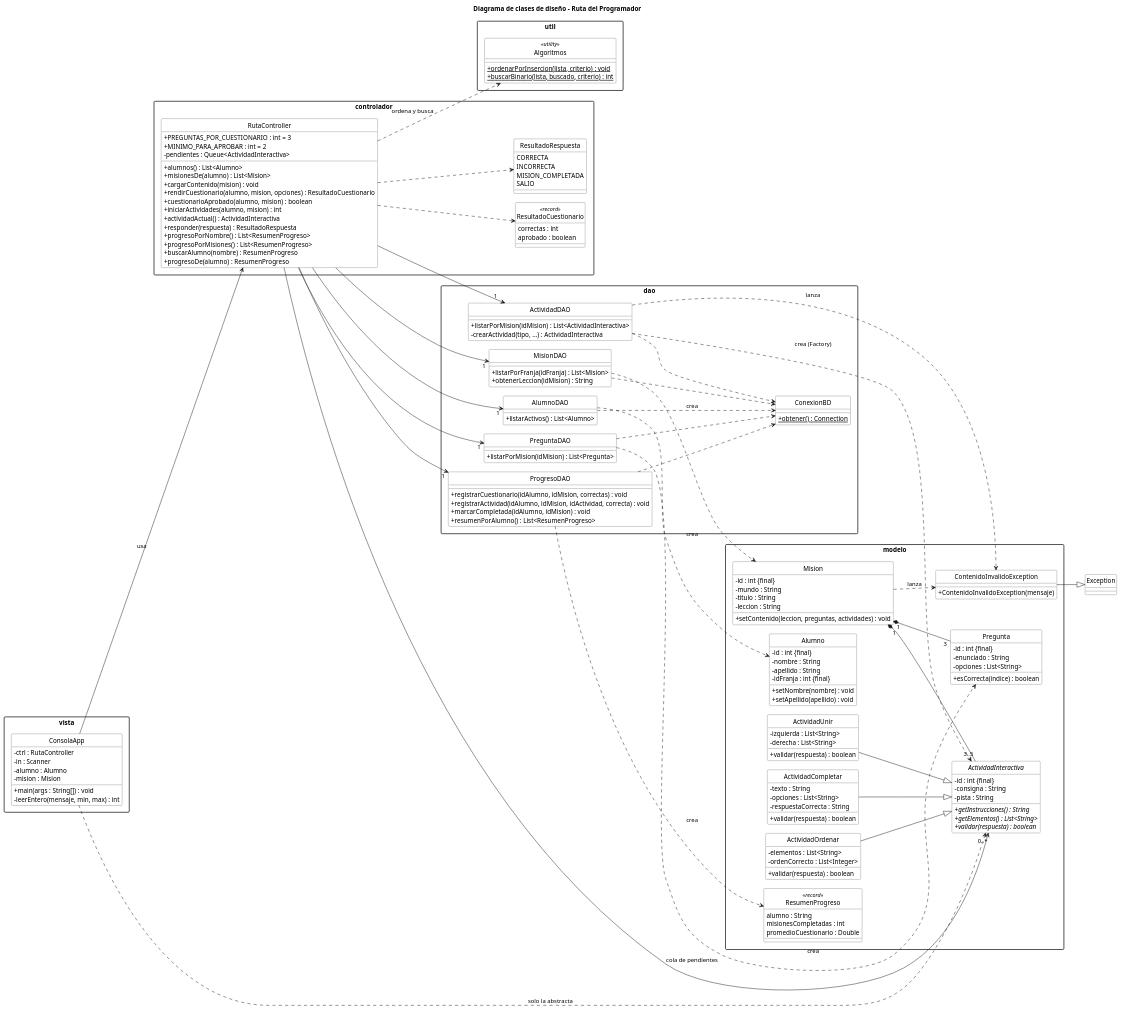
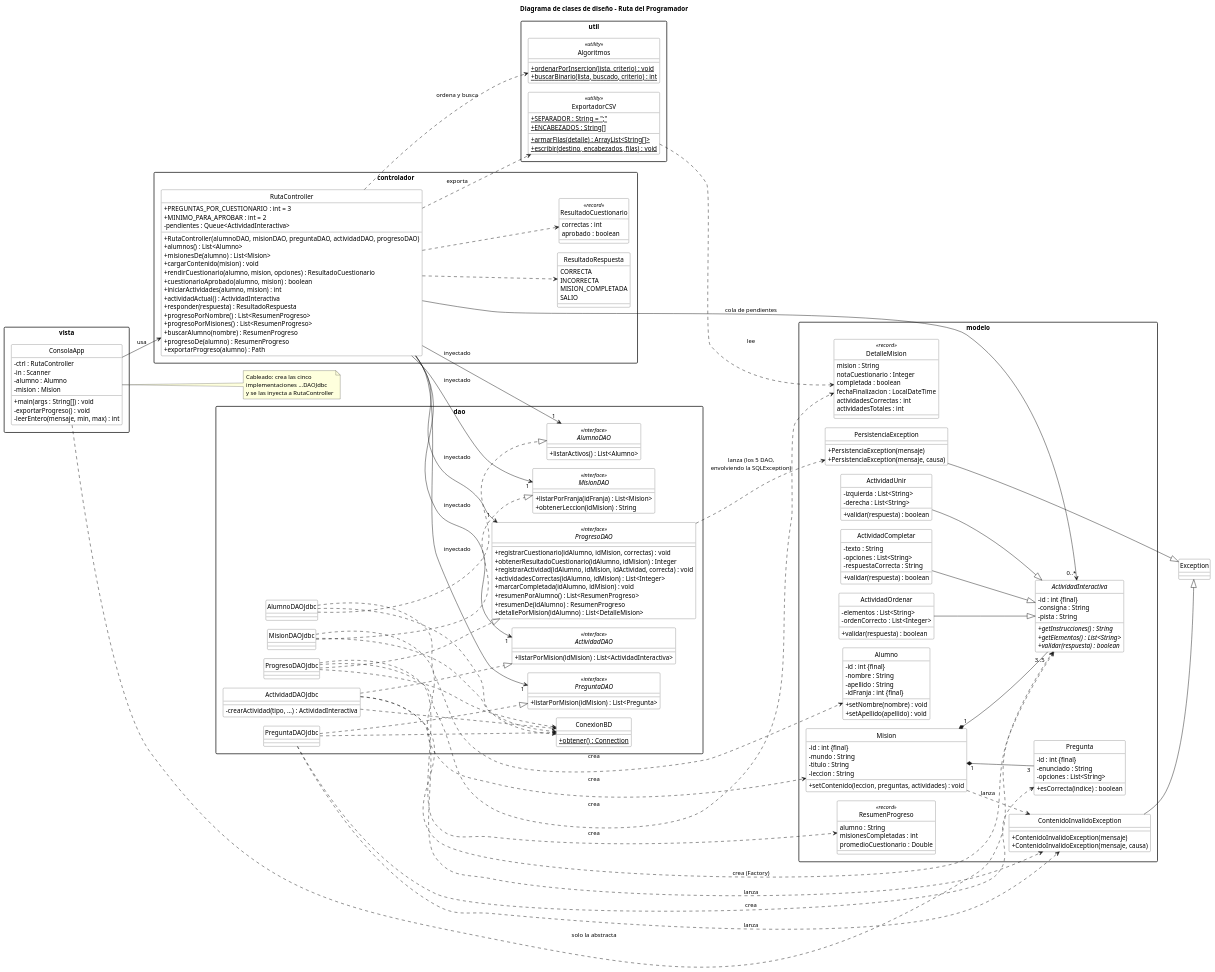
Before and after one commit to RodrigoLoboDev/ruta-del-programador: the diagram in diagramas/clases_diseno.puml, drawn with PlantUML. The commit also changed 1 other file, not shown here.

Commit message:
docs: diagrama de clases del TP4 con interfaces DAO, PersistenciaException y exportación CSV
Las clases DAO pasan a interfaces con implementaciones ...DAOJdbc inyectadas en RutaController;
se agregan PersistenciaException, DetalleMision y ExportadorCSV. El .png se regeneró con plantuml.

```diff
--- a/diagramas/clases_diseno.puml
+++ b/diagramas/clases_diseno.puml
@@ -18,6 +18,7 @@
     - alumno : Alumno
     - mision : Mision
     + main(args : String[]) : void
+    - exportarProgreso() : void
     - leerEntero(mensaje, min, max) : int
   }
 }
@@ -27,6 +28,7 @@
     + PREGUNTAS_POR_CUESTIONARIO : int = 3
     + MINIMO_PARA_APROBAR : int = 2
     - pendientes : Queue<ActividadInteractiva>
+    + RutaController(alumnoDAO, misionDAO, preguntaDAO, actividadDAO, progresoDAO)
     + alumnos() : List<Alumno>
     + misionesDe(alumno) : List<Mision>
     + cargarContenido(mision) : void
@@ -39,6 +41,7 @@
     + progresoPorMisiones() : List<ResumenProgreso>
     + buscarAlumno(nombre) : ResumenProgreso
     + progresoDe(alumno) : ResumenProgreso
+    + exportarProgreso(alumno) : Path
   }
   class ResultadoCuestionario <<record>> {
     correctas : int
@@ -103,8 +106,21 @@
     misionesCompletadas : int
     promedioCuestionario : Double
   }
+  class DetalleMision <<record>> {
+    mision : String
+    notaCuestionario : Integer
+    completada : boolean
+    fechaFinalizacion : LocalDateTime
+    actividadesCorrectas : int
+    actividadesTotales : int
+  }
   class ContenidoInvalidoException {
     + ContenidoInvalidoException(mensaje)
+    + ContenidoInvalidoException(mensaje, causa)
+  }
+  class PersistenciaException {
+    + PersistenciaException(mensaje)
+    + PersistenciaException(mensaje, causa)
   }
 }
 
@@ -112,26 +128,36 @@
   class ConexionBD {
     + {static} obtener() : Connection
   }
-  class AlumnoDAO {
+  interface AlumnoDAO <<interface>> {
     + listarActivos() : List<Alumno>
   }
-  class MisionDAO {
+  interface MisionDAO <<interface>> {
     + listarPorFranja(idFranja) : List<Mision>
     + obtenerLeccion(idMision) : String
   }
-  class PreguntaDAO {
+  interface PreguntaDAO <<interface>> {
     + listarPorMision(idMision) : List<Pregunta>
   }
-  class ActividadDAO {
+  interface ActividadDAO <<interface>> {
     + listarPorMision(idMision) : List<ActividadInteractiva>
+  }
+  interface ProgresoDAO <<interface>> {
+    + registrarCuestionario(idAlumno, idMision, correctas) : void
+    + obtenerResultadoCuestionario(idAlumno, idMision) : Integer
+    + registrarActividad(idAlumno, idMision, idActividad, correcta) : void
+    + actividadesCorrectas(idAlumno, idMision) : List<Integer>
+    + marcarCompletada(idAlumno, idMision) : void
+    + resumenPorAlumno() : List<ResumenProgreso>
+    + resumenDe(idAlumno) : ResumenProgreso
+    + detallePorMision(idAlumno) : List<DetalleMision>
+  }
+  class AlumnoDAOJdbc
+  class MisionDAOJdbc
+  class PreguntaDAOJdbc
+  class ActividadDAOJdbc {
     - crearActividad(tipo, ...) : ActividadInteractiva
   }
-  class ProgresoDAO {
-    + registrarCuestionario(idAlumno, idMision, correctas) : void
-    + registrarActividad(idAlumno, idMision, idActividad, correcta) : void
-    + marcarCompletada(idAlumno, idMision) : void
-    + resumenPorAlumno() : List<ResumenProgreso>
-  }
+  class ProgresoDAOJdbc
 }
 
 package "util" {
@@ -139,40 +165,65 @@
     + {static} ordenarPorInsercion(lista, criterio) : void
     + {static} buscarBinario(lista, buscado, criterio) : int
   }
+  class ExportadorCSV <<utility>> {
+    + {static} SEPARADOR : String = ";"
+    + {static} ENCABEZADOS : String[]
+    + {static} armarFilas(detalle) : ArrayList<String[]>
+    + {static} escribir(destino, encabezados, filas) : void
+  }
 }
 
 ActividadOrdenar --|> ActividadInteractiva
 ActividadUnir --|> ActividadInteractiva
 ActividadCompletar --|> ActividadInteractiva
 ContenidoInvalidoException --|> Exception
+PersistenciaException --|> Exception
 
 Mision "1" *-- "3" Pregunta
 Mision "1" *-- "3..5" ActividadInteractiva
 
 ConsolaApp --> RutaController : usa
 ConsolaApp ..> ActividadInteractiva : solo la abstracta
-RutaController --> "1" AlumnoDAO
-RutaController --> "1" MisionDAO
-RutaController --> "1" PreguntaDAO
-RutaController --> "1" ActividadDAO
-RutaController --> "1" ProgresoDAO
+note right of ConsolaApp
+  Cableado: crea las cinco
+  implementaciones ...DAOJdbc
+  y se las inyecta a RutaController
+end note
+
+RutaController --> "1" AlumnoDAO : inyectado
+RutaController --> "1" MisionDAO : inyectado
+RutaController --> "1" PreguntaDAO : inyectado
+RutaController --> "1" ActividadDAO : inyectado
+RutaController --> "1" ProgresoDAO : inyectado
 RutaController ..> Algoritmos : ordena y busca
+RutaController ..> ExportadorCSV : exporta
 RutaController --> "0..*" ActividadInteractiva : cola de pendientes
 RutaController ..> ResultadoCuestionario
 RutaController ..> ResultadoRespuesta
 
-AlumnoDAO ..> ConexionBD
-MisionDAO ..> ConexionBD
-PreguntaDAO ..> ConexionBD
-ActividadDAO ..> ConexionBD
-ProgresoDAO ..> ConexionBD
+AlumnoDAOJdbc ..|> AlumnoDAO
+MisionDAOJdbc ..|> MisionDAO
+PreguntaDAOJdbc ..|> PreguntaDAO
+ActividadDAOJdbc ..|> ActividadDAO
+ProgresoDAOJdbc ..|> ProgresoDAO
 
-AlumnoDAO ..> Alumno : crea
-MisionDAO ..> Mision : crea
-PreguntaDAO ..> Pregunta : crea
-ActividadDAO ..> ActividadInteractiva : crea (Factory)
-ProgresoDAO ..> ResumenProgreso : crea
+AlumnoDAOJdbc ..> ConexionBD
+MisionDAOJdbc ..> ConexionBD
+PreguntaDAOJdbc ..> ConexionBD
+ActividadDAOJdbc ..> ConexionBD
+ProgresoDAOJdbc ..> ConexionBD
+
+AlumnoDAOJdbc ..> Alumno : crea
+MisionDAOJdbc ..> Mision : crea
+PreguntaDAOJdbc ..> Pregunta : crea
+ActividadDAOJdbc ..> ActividadInteractiva : crea (Factory)
+ProgresoDAOJdbc ..> ResumenProgreso : crea
+ProgresoDAOJdbc ..> DetalleMision : crea
+ExportadorCSV ..> DetalleMision : lee
+
+ProgresoDAO ..> PersistenciaException : lanza (los 5 DAO,\nenvolviendo la SQLException)
 
 Mision ..> ContenidoInvalidoException : lanza
-ActividadDAO ..> ContenidoInvalidoException : lanza
+ActividadDAOJdbc ..> ContenidoInvalidoException : lanza
+PreguntaDAOJdbc ..> ContenidoInvalidoException : lanza
 @enduml
```
